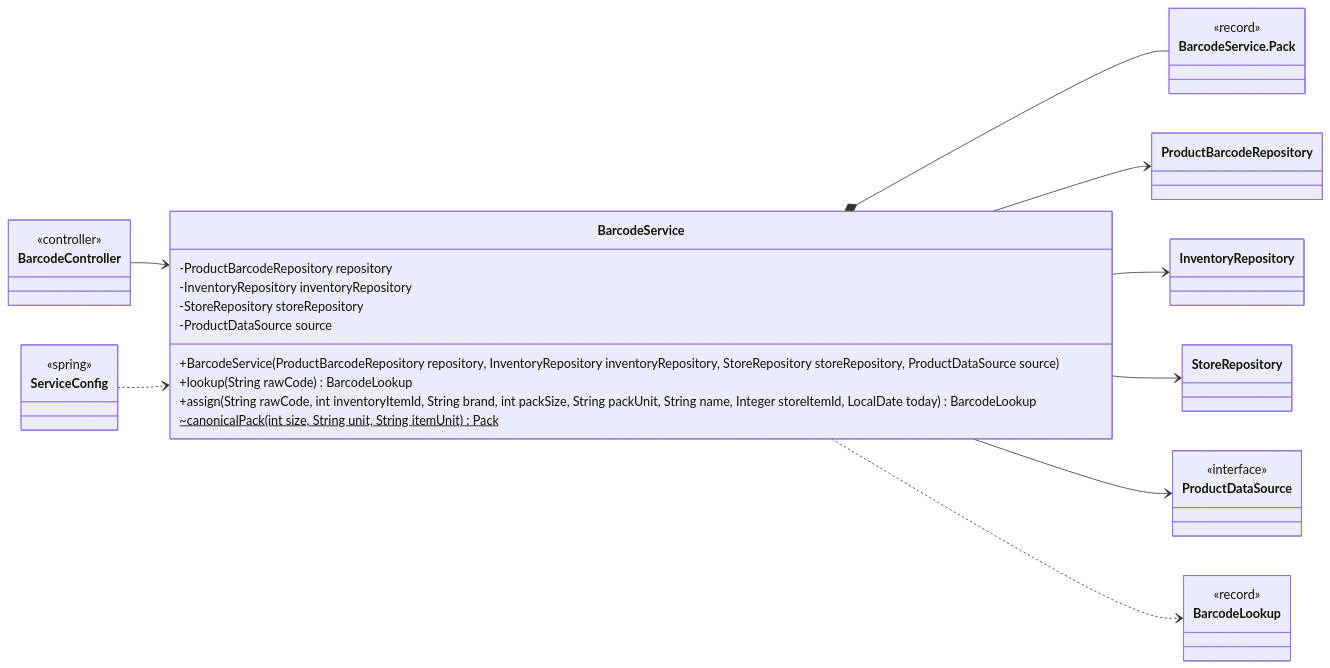
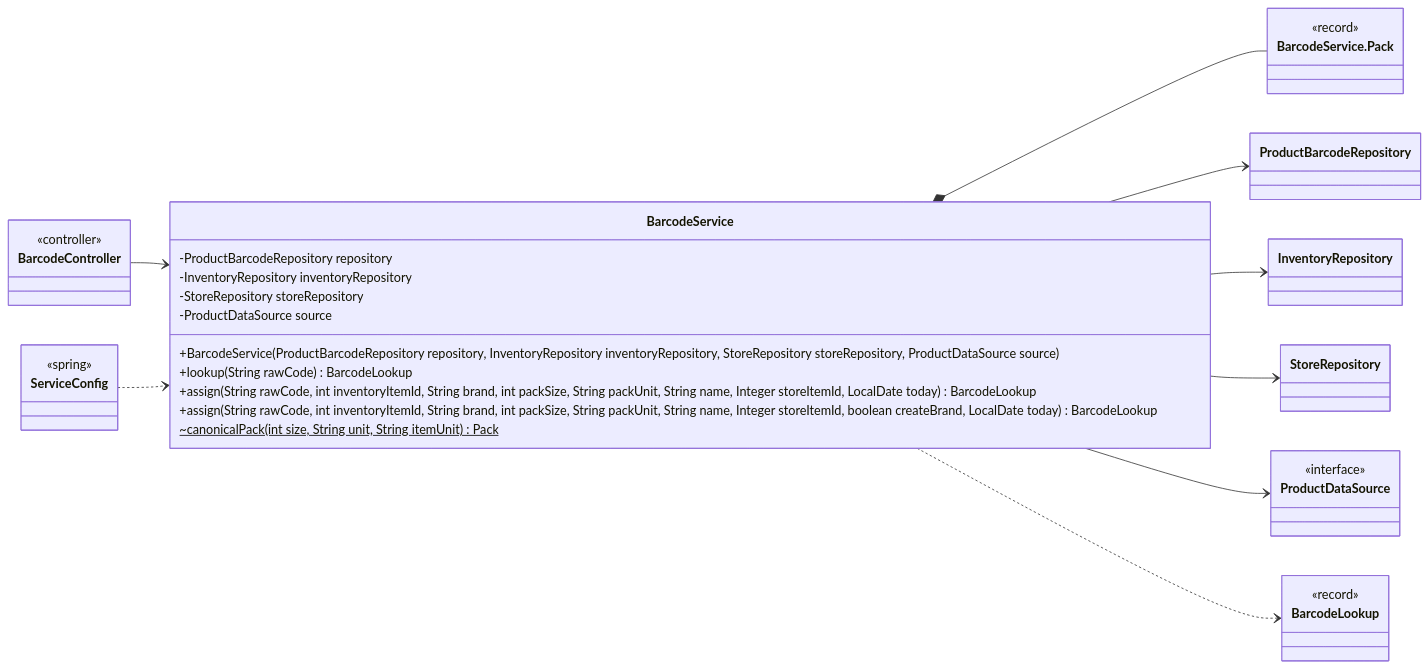
Before and after one commit to Nate-ryan-7690/dahaem: the fifth of 17 diagrams in docs/classes/barcode.md, drawn with Mermaid. The commit also changed other lines of this file and 6 other files, not shown here.

````diff
--- a/docs/classes/barcode.md
+++ b/docs/classes/barcode.md
@@ -214,40 +214,41 @@
 ```mermaid
 classDiagram
     direction LR
     class barcode_BarcodeService["BarcodeService"] {
         -ProductBarcodeRepository repository
         -InventoryRepository inventoryRepository
         -StoreRepository storeRepository
         -ProductDataSource source
         +BarcodeService(ProductBarcodeRepository repository, InventoryRepository inventoryRepository, StoreRepository storeRepository, ProductDataSource source)
         +lookup(String rawCode) BarcodeLookup
         +assign(String rawCode, int inventoryItemId, String brand, int packSize, String packUnit, String name, Integer storeItemId, LocalDate today) BarcodeLookup
+        +assign(String rawCode, int inventoryItemId, String brand, int packSize, String packUnit, String name, Integer storeItemId, boolean createBrand, LocalDate today) BarcodeLookup
         ~canonicalPack(int size, String unit, String itemUnit) Pack$
     }
     class barcode_BarcodeService_Pack["BarcodeService.Pack"] {
         <<record>>
     }
     class barcode_ProductBarcodeRepository["ProductBarcodeRepository"]
     class inventory_InventoryRepository["InventoryRepository"]
     class stores_StoreRepository["StoreRepository"]
     class barcode_ProductDataSource["ProductDataSource"] {
         <<interface>>
     }
     class api_BarcodeController["BarcodeController"] {
         <<controller>>
     }
     class barcode_BarcodeLookup["BarcodeLookup"] {
         <<record>>
     }
     class api_ServiceConfig["ServiceConfig"] {
         <<spring>>
     }
     barcode_BarcodeService *-- barcode_BarcodeService_Pack
     barcode_BarcodeService --> barcode_ProductBarcodeRepository
     barcode_BarcodeService --> inventory_InventoryRepository
     barcode_BarcodeService --> stores_StoreRepository
     barcode_BarcodeService --> barcode_ProductDataSource
     barcode_BarcodeService ..> barcode_BarcodeLookup
     api_BarcodeController --> barcode_BarcodeService
     api_ServiceConfig ..> barcode_BarcodeService
 ```
````
